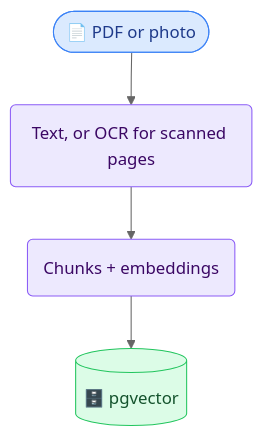
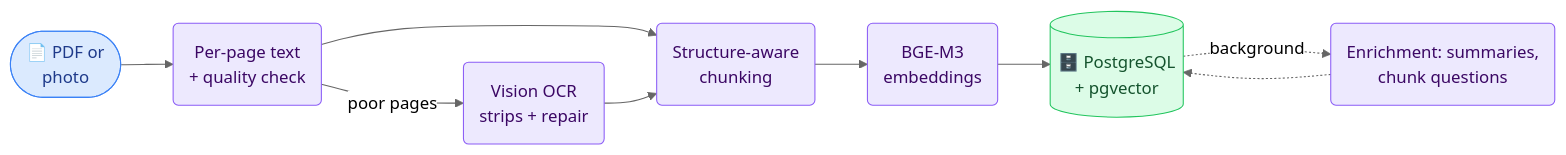
The first of 2 diagrams in README.md (Soroush-porhonar/Daneshjoyar), drawn with Mermaid (neutral theme) before and after one commit. The commit also changed other lines of this file, not shown here.

Commit message:
README: detailed architecture again, two horizontal diagrams

````diff
--- a/README.md
+++ b/README.md
@@ -48,12 +48,17 @@
 ```mermaid
-flowchart TD
-  A([📄 PDF or photo]) --> B(Text, or OCR for scanned pages)
-  B --> C(Chunks + embeddings)
-  C --> D[(🗄️ pgvector)]
+flowchart LR
+  A([📄 PDF or<br>photo]) --> B(Per-page text<br>+ quality check)
+  B -->|poor pages| C(Vision OCR<br>strips + repair)
+  B --> D(Structure-aware<br>chunking)
+  C --> D
+  D --> E(BGE-M3<br>embeddings)
+  E --> F[(🗄️ PostgreSQL<br>+ pgvector)]
+  F -. background .-> G(Enrichment: summaries,<br>chunk questions)
+  G -.-> F
   classDef io fill:#dbeafe,stroke:#3b82f6,color:#1e3a8a
   classDef step fill:#ede9fe,stroke:#8b5cf6,color:#3b0764
   classDef store fill:#dcfce7,stroke:#22c55e,color:#14532d
   class A io
-  class B,C step
-  class D store
+  class B,C,D,E,G step
+  class F store
 ```
````
